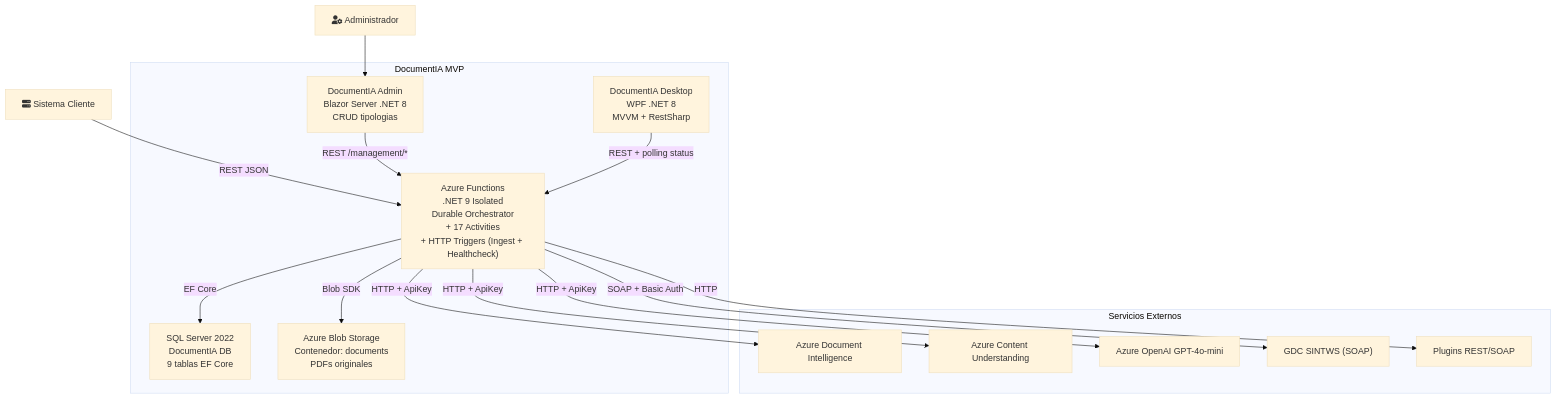
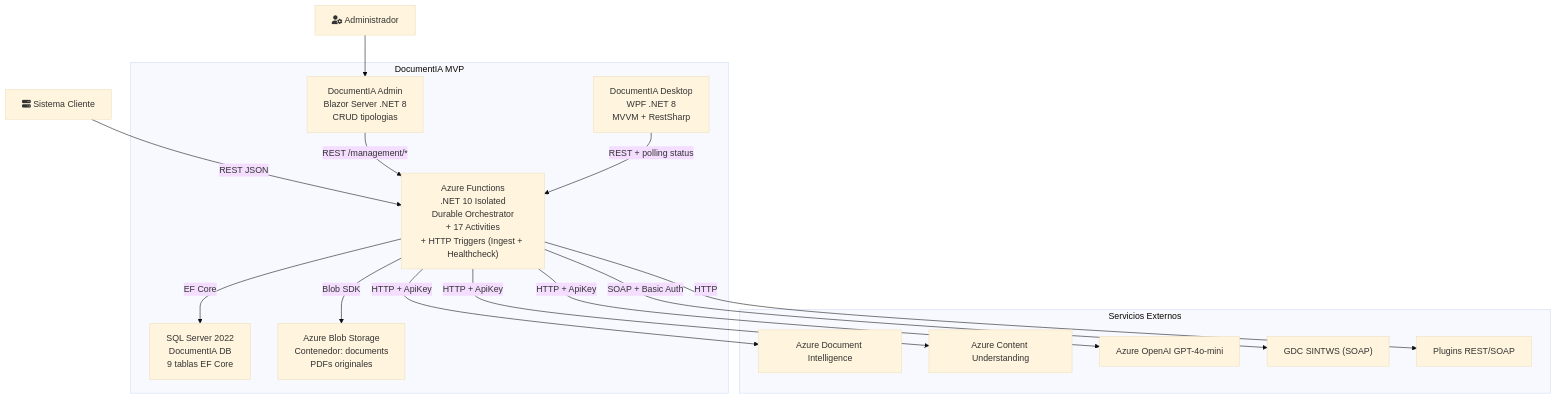
The sixth of 6 diagrams in docs/01_ARQUITECTURA_SISTEMA.md (nvcrisologo02/AI-DocClassExt), drawn with Mermaid (base theme) before and after one commit. The commit also changed other lines of this file and 1 other file, not shown here.

First line of the commit message:
feat(dotnet-upgrade): Upgrade .NET 9 Isolated to .NET 10 Isolated AB#99782

````diff
--- a/docs/01_ARQUITECTURA_SISTEMA.md
+++ b/docs/01_ARQUITECTURA_SISTEMA.md
@@ -438,34 +438,34 @@
 ```mermaid
 flowchart TB
     CLIENT["fa:fa-server Sistema Cliente"]
     ADMIN_USER["fa:fa-user-cog Administrador"]
 
     subgraph DocumentIA["DocumentIA MVP"]
-        FUNCAPP["Azure Functions<br/>.NET 9 Isolated<br/>Durable Orchestrator<br/>+ 17 Activities<br/>+ HTTP Triggers (Ingest + Healthcheck)"]
+        FUNCAPP["Azure Functions<br/>.NET 10 Isolated<br/>Durable Orchestrator<br/>+ 17 Activities<br/>+ HTTP Triggers (Ingest + Healthcheck)"]
         SQLDB["SQL Server 2022<br/>DocumentIA DB<br/>9 tablas EF Core"]
         BLOBST["Azure Blob Storage<br/>Contenedor: documents<br/>PDFs originales"]
         DESKTOP_APP["DocumentIA Desktop<br/>WPF .NET 8<br/>MVVM + RestSharp"]
         ADMIN_APP["DocumentIA Admin<br/>Blazor Server .NET 8<br/>CRUD tipologias"]
     end
 
     subgraph External["Servicios Externos"]
         DI_SVC["Azure Document Intelligence"]
         CU_SVC["Azure Content Understanding"]
         OAI_SVC["Azure OpenAI GPT-4o-mini"]
         GDC_SVC["GDC SINTWS (SOAP)"]
         REST_PLUGINS["Plugins REST/SOAP"]
     end
 
     CLIENT -->|"REST JSON"| FUNCAPP
     ADMIN_USER --> ADMIN_APP
     ADMIN_APP -->|"REST /management/*"| FUNCAPP
     DESKTOP_APP -->|"REST + polling status"| FUNCAPP
 
     FUNCAPP -->|"EF Core"| SQLDB
     FUNCAPP -->|"Blob SDK"| BLOBST
     FUNCAPP -->|"HTTP + ApiKey"| DI_SVC
     FUNCAPP -->|"HTTP + ApiKey"| CU_SVC
     FUNCAPP -->|"HTTP + ApiKey"| OAI_SVC
     FUNCAPP -->|"SOAP + Basic Auth"| GDC_SVC
     FUNCAPP -->|"HTTP"| REST_PLUGINS
 ```
````
